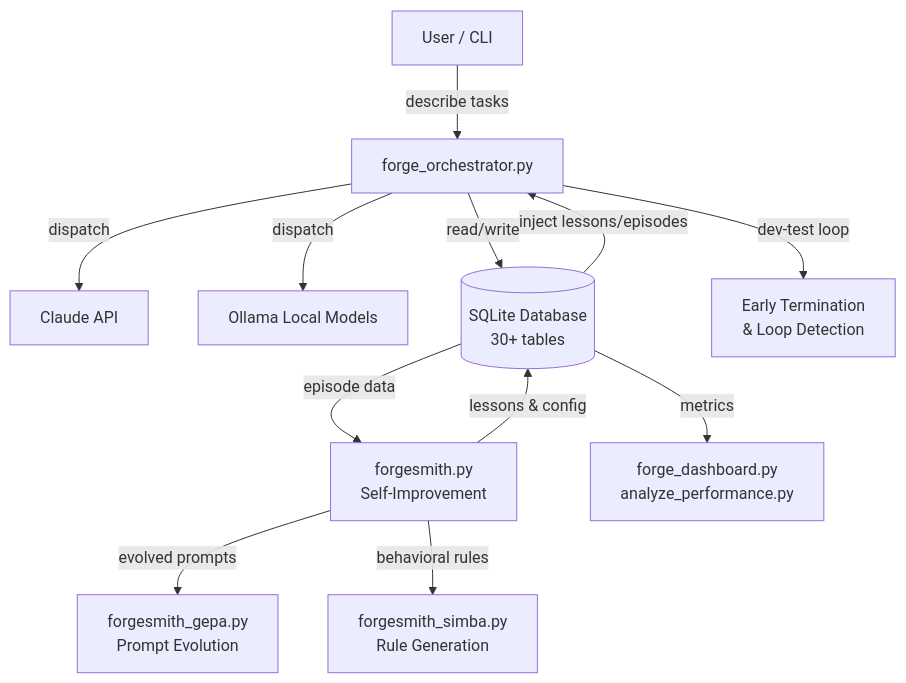
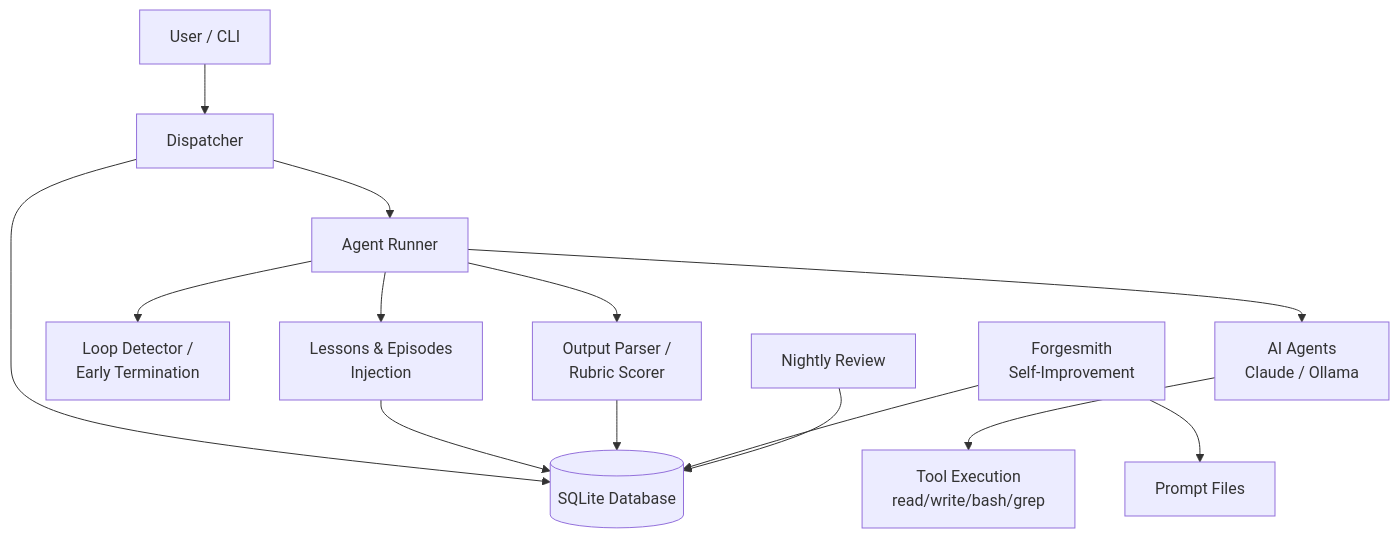
The first of 4 diagrams in docs/ARCHITECTURE.md (sbknana/project-pombal), drawn with Mermaid before and after one commit. The commit also changed other lines of this file and 8 other files, not shown here.

````diff
--- a/docs/ARCHITECTURE.md
+++ b/docs/ARCHITECTURE.md
@@ -40,14 +53,16 @@
 ```mermaid
 graph TD
-    User[User / CLI] -->|describe tasks| Orchestrator[forge_orchestrator.py]
-    Orchestrator -->|dispatch| Claude[Claude API]
-    Orchestrator -->|dispatch| Ollama[Ollama Local Models]
-    Orchestrator -->|read/write| DB[(SQLite Database<br/>30+ tables)]
-    Orchestrator -->|dev-test loop| EarlyTerm[Early Termination<br/>& Loop Detection]
-    DB -->|episode data| Forgesmith[forgesmith.py<br/>Self-Improvement]
-    Forgesmith -->|evolved prompts| GEPA[forgesmith_gepa.py<br/>Prompt Evolution]
-    Forgesmith -->|behavioral rules| SIMBA[forgesmith_simba.py<br/>Rule Generation]
-    Forgesmith -->|lessons & config| DB
-    DB -->|metrics| Dashboard[forge_dashboard.py<br/>analyze_performance.py]
-    DB -->|inject lessons/episodes| Orchestrator
+    User[User / CLI] --> Dispatch[Dispatcher]
+    Dispatch --> DB[(SQLite Database)]
+    Dispatch --> AgentRunner[Agent Runner]
+    AgentRunner --> Agents[AI Agents<br/>Claude / Ollama]
+    Agents --> Tools[Tool Execution<br/>read/write/bash/grep]
+    AgentRunner --> Monitor[Loop Detector /<br/>Early Termination]
+    AgentRunner --> Lessons[Lessons & Episodes<br/>Injection]
+    Lessons --> DB
+    AgentRunner --> Parser[Output Parser /<br/>Rubric Scorer]
+    Parser --> DB
+    Forgesmith[Forgesmith<br/>Self-Improvement] --> DB
+    Forgesmith --> Prompts[Prompt Files]
+    NightlyReview[Nightly Review] --> DB
 ```
````
